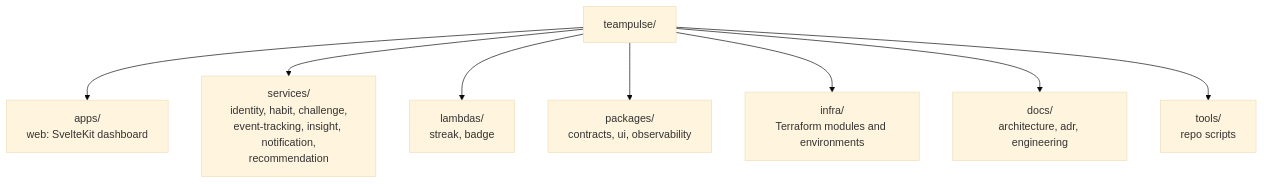
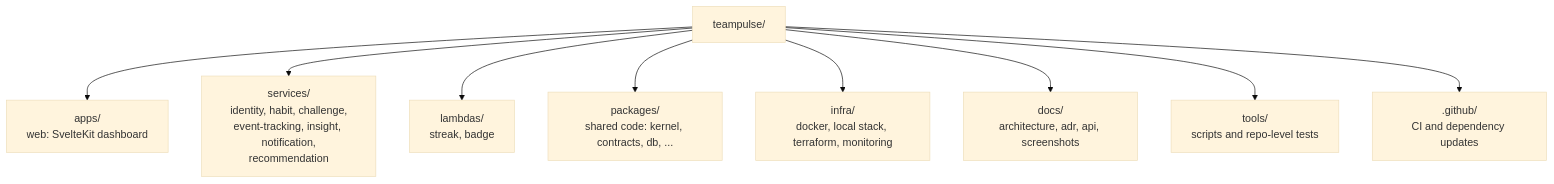
The diagram in README.md (srikar2000sundram/TEAM_PULSE_ASSIGNMENT), drawn with Mermaid (base theme) before and after one commit. The commit also changed other lines of this file and 60 other files, not shown here.

````diff
--- a/README.md
+++ b/README.md
@@ -57,11 +59,12 @@
 ```mermaid
 flowchart TB
     root["teampulse/"]
     root --> apps["apps/<br/>web: SvelteKit dashboard"]
     root --> services["services/<br/>identity, habit, challenge,<br/>event-tracking, insight, notification,<br/>recommendation"]
     root --> lambdas["lambdas/<br/>streak, badge"]
-    root --> packages["packages/<br/>contracts, ui, observability"]
-    root --> infra["infra/<br/>Terraform modules and environments"]
-    root --> docs["docs/<br/>architecture, adr, engineering"]
-    root --> tools["tools/<br/>repo scripts"]
+    root --> packages["packages/<br/>shared code: kernel, contracts, db, ..."]
+    root --> infra["infra/<br/>docker, local stack, terraform, monitoring"]
+    root --> docs["docs/<br/>architecture, adr, api, screenshots"]
+    root --> tools["tools/<br/>scripts and repo-level tests"]
+    root --> gh[".github/<br/>CI and dependency updates"]
 ```
````
